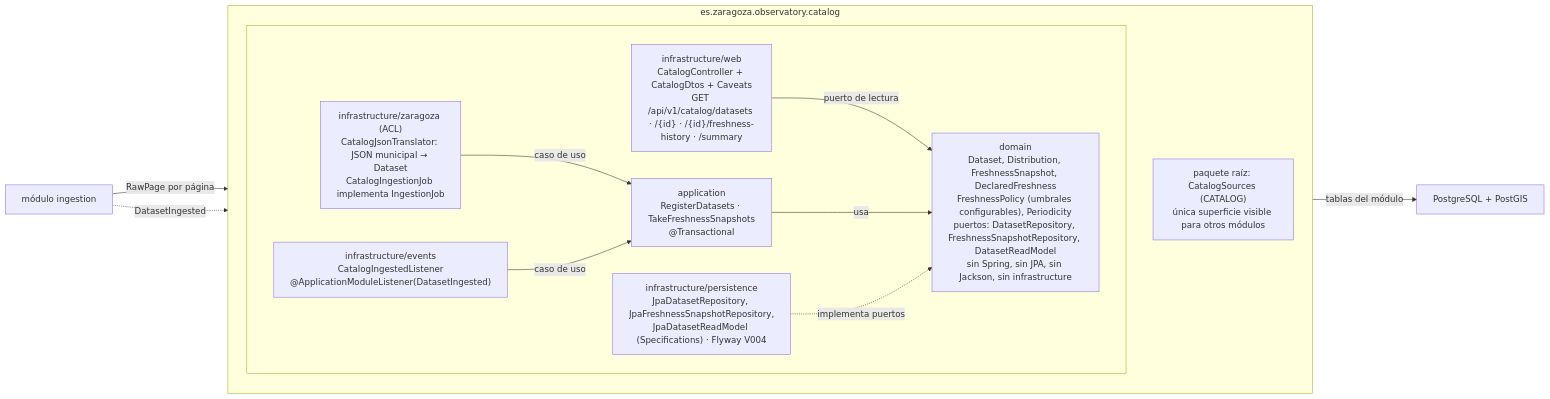
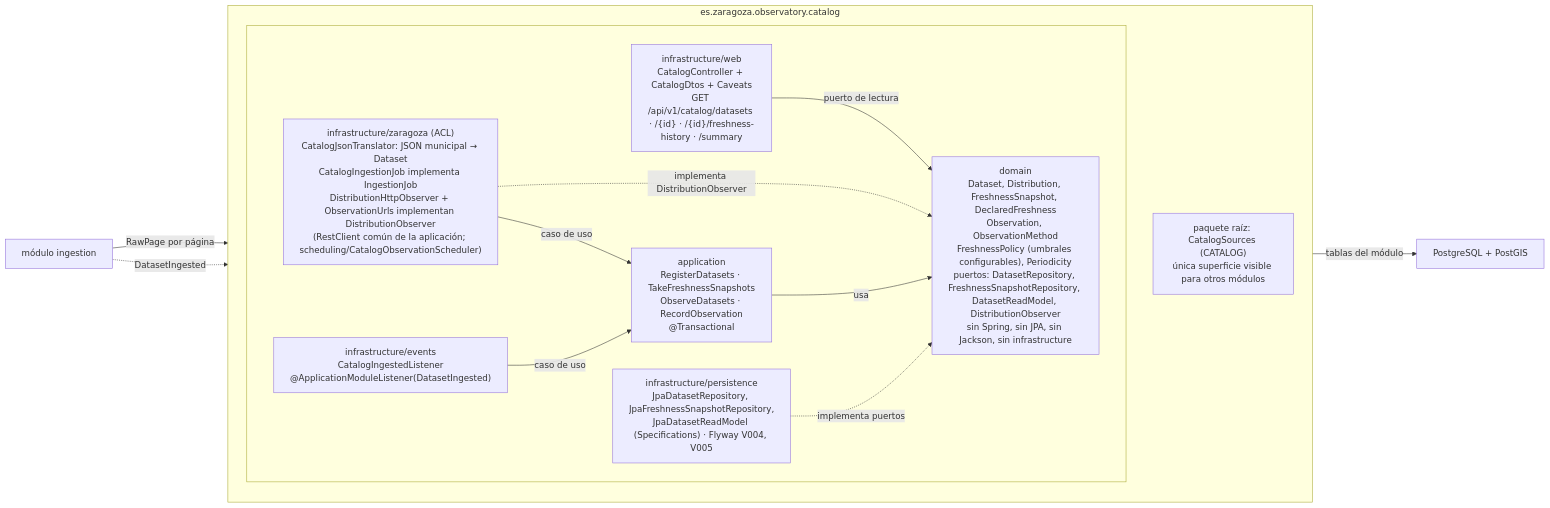
Before and after one commit to MarioNaya/zaragoza-observatorio: the third of 3 diagrams in docs/arquitectura.md, drawn with Mermaid. The commit also changed other lines of this file and 6 other files, not shown here.

````diff
--- a/docs/arquitectura.md
+++ b/docs/arquitectura.md
@@ -99,23 +99,24 @@
 ```mermaid
 flowchart LR
   subgraph MOD["es.zaragoza.observatory.catalog"]
     direction TB
     APIP["paquete raíz: CatalogSources (CATALOG)<br/>única superficie visible para otros módulos"]
     subgraph HEX[" "]
       direction LR
       WEB["infrastructure/web<br/>CatalogController + CatalogDtos + Caveats<br/>GET /api/v1/catalog/datasets · /{id} · /{id}/freshness-history · /summary"]
-      APP["application<br/>RegisterDatasets · TakeFreshnessSnapshots<br/>@Transactional"]
-      DOMN["domain<br/>Dataset, Distribution, FreshnessSnapshot, DeclaredFreshness<br/>FreshnessPolicy (umbrales configurables), Periodicity<br/>puertos: DatasetRepository, FreshnessSnapshotRepository, DatasetReadModel<br/>sin Spring, sin JPA, sin Jackson, sin infrastructure"]
-      ZGZ["infrastructure/zaragoza (ACL)<br/>CatalogJsonTranslator: JSON municipal → Dataset<br/>CatalogIngestionJob implementa IngestionJob"]
+      APP["application<br/>RegisterDatasets · TakeFreshnessSnapshots<br/>ObserveDatasets · RecordObservation<br/>@Transactional"]
+      DOMN["domain<br/>Dataset, Distribution, FreshnessSnapshot, DeclaredFreshness<br/>Observation, ObservationMethod<br/>FreshnessPolicy (umbrales configurables), Periodicity<br/>puertos: DatasetRepository, FreshnessSnapshotRepository, DatasetReadModel, DistributionObserver<br/>sin Spring, sin JPA, sin Jackson, sin infrastructure"]
+      ZGZ["infrastructure/zaragoza (ACL)<br/>CatalogJsonTranslator: JSON municipal → Dataset<br/>CatalogIngestionJob implementa IngestionJob<br/>DistributionHttpObserver + ObservationUrls implementan DistributionObserver<br/>(RestClient común de la aplicación; scheduling/CatalogObservationScheduler)"]
       EVT["infrastructure/events<br/>CatalogIngestedListener<br/>@ApplicationModuleListener(DatasetIngested)"]
-      PER["infrastructure/persistence<br/>JpaDatasetRepository, JpaFreshnessSnapshotRepository,<br/>JpaDatasetReadModel (Specifications) · Flyway V004"]
+      PER["infrastructure/persistence<br/>JpaDatasetRepository, JpaFreshnessSnapshotRepository,<br/>JpaDatasetReadModel (Specifications) · Flyway V004, V005"]
       WEB -- "puerto de lectura" --> DOMN
       ZGZ -- "caso de uso" --> APP
+      ZGZ -. "implementa DistributionObserver" .-> DOMN
       EVT -- "caso de uso" --> APP -- "usa" --> DOMN
       PER -. "implementa puertos" .-> DOMN
     end
   end
   INGX["módulo ingestion"] -- "RawPage por página" --> ZGZ
   INGX -. "DatasetIngested" .-> EVT
   PER -- "tablas del módulo" --> PG["PostgreSQL + PostGIS"]
 ```
````
